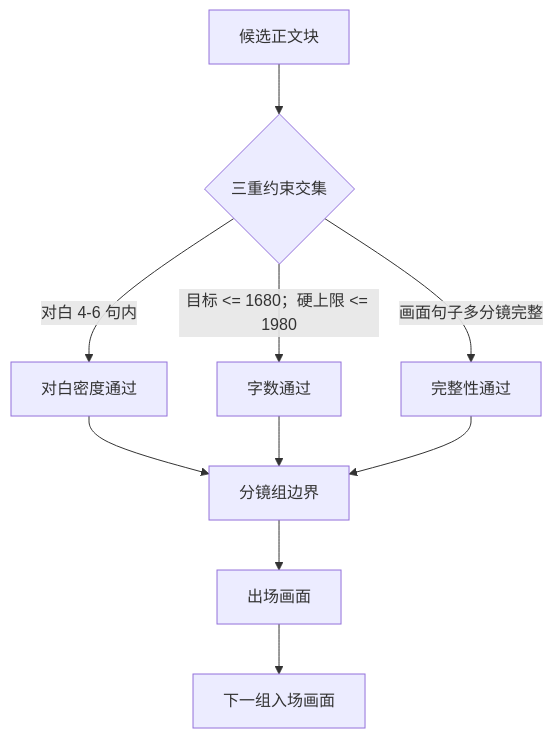
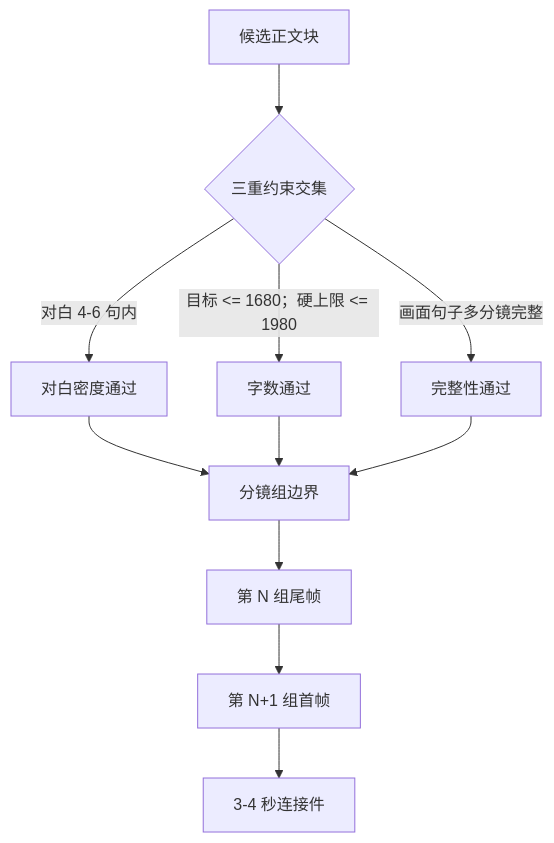
The second of 4 diagrams in .agents/skills/aigc/4-分组/SKILL.md (ZEN-VOID/AI-CUT), drawn with Mermaid before and after one commit. The commit also changed other lines of this file and 85 other files, not shown here.

````diff
--- a/.agents/skills/aigc/4-分组/SKILL.md
+++ b/.agents/skills/aigc/4-分组/SKILL.md
@@ -99,12 +99,13 @@
 ```mermaid
 flowchart TD
     A["候选正文块"] --> B{"三重约束交集"}
     B -->|"对白 4-6 句内"| C["对白密度通过"]
     B -->|"目标 <= 1680；硬上限 <= 1980"| D["字数通过"]
     B -->|"画面句子多分镜完整"| E["完整性通过"]
     C --> F["分镜组边界"]
     D --> F
     E --> F
-    F --> G["出场画面"]
-    G --> H["下一组入场画面"]
+    F --> G["第 N 组尾帧"]
+    G --> H["第 N+1 组首帧"]
+    H --> I["3-4 秒连接件"]
 ```
````
